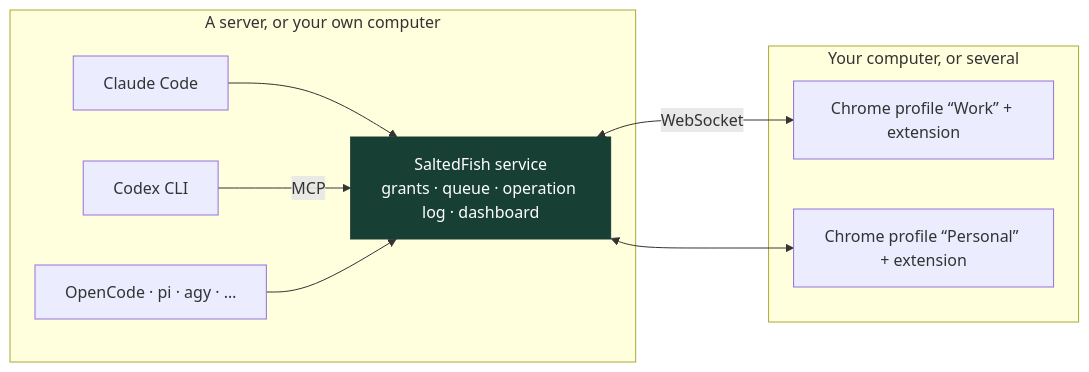
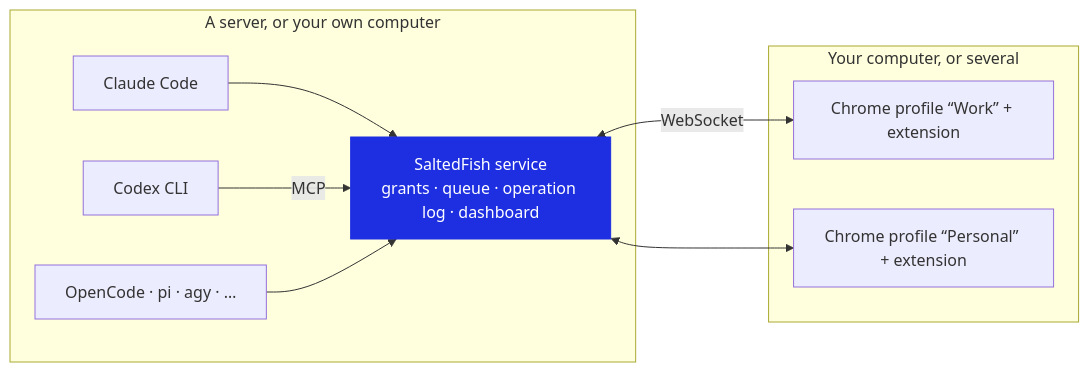
The diagram in README.en.md (finmoor/saltedfish), drawn with Mermaid before and after one commit. The commit also changed other lines of this file and 3 other files, not shown here.

First line of the commit message:
README 顶部换成动图，品牌色从绿改成深海蓝

````diff
--- a/README.en.md
+++ b/README.en.md
@@ -114,20 +114,20 @@
 ```mermaid
 flowchart LR
   subgraph host["A server, or your own computer"]
     a1["Claude Code"]
     a2["Codex CLI"]
     a3["OpenCode · pi · agy · …"]
     svc["SaltedFish service<br/>grants · queue · operation log · dashboard"]
   end
   subgraph desk["Your computer, or several"]
     p1["Chrome profile “Work” + extension"]
     p2["Chrome profile “Personal” + extension"]
   end
   a1 --> svc
   a2 -- MCP --> svc
   a3 --> svc
   svc <-- WebSocket --> p1
   svc <--> p2
-  classDef core fill:#183f34,stroke:#183f34,color:#ffffff
+  classDef core fill:#1d2fe0,stroke:#1d2fe0,color:#ffffff
   class svc core
 ```
````
